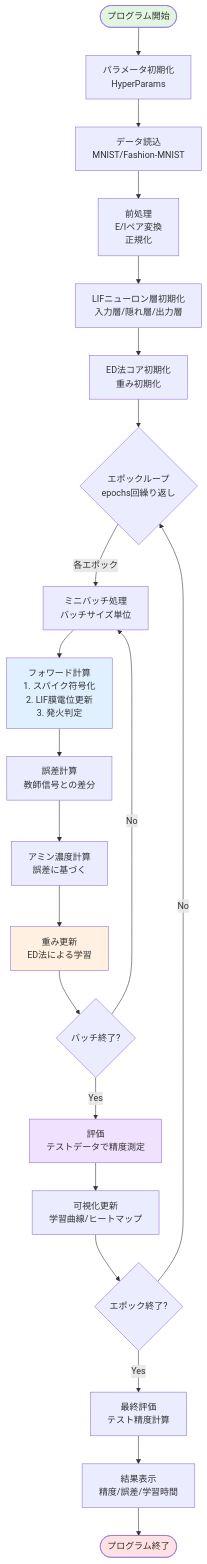
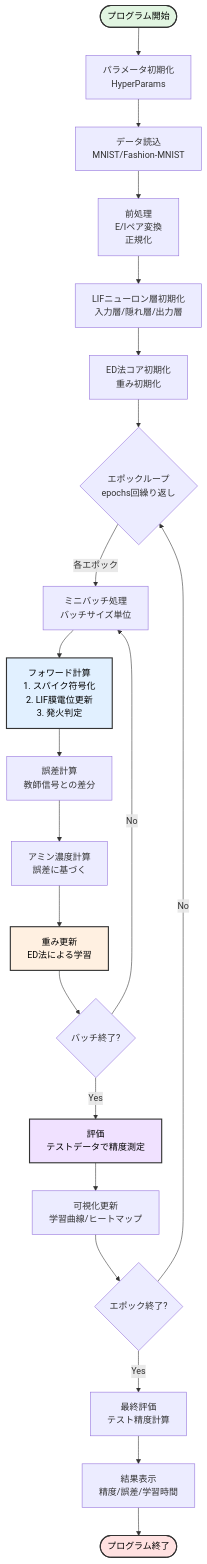
Before and after one commit to yoiwa0714/ed_multi_snn: the first of 3 diagrams in README_simple.md, drawn with Mermaid. The commit also changed other lines of this file, not shown here.

First line of the commit message:
docs: improve diagram text contrast in README_simple.md

````diff
--- a/README_simple.md
+++ b/README_simple.md
@@ -95,35 +95,35 @@
 ```mermaid
 flowchart TD
     Start([プログラム開始]) --> Init[パラメータ初期化<br/>HyperParams]
     Init --> LoadData[データ読込<br/>MNIST/Fashion-MNIST]
     LoadData --> Preprocess[前処理<br/>E/Iペア変換<br/>正規化]
     Preprocess --> InitLIF[LIFニューロン層初期化<br/>入力層/隠れ層/出力層]
     InitLIF --> InitED[ED法コア初期化<br/>重み初期化]
     
     InitED --> EpochLoop{エポックループ<br/>epochs回繰り返し}
     
     EpochLoop -->|各エポック| BatchLoop[ミニバッチ処理<br/>バッチサイズ単位]
     
     BatchLoop --> Forward[フォワード計算<br/>1. スパイク符号化<br/>2. LIF膜電位更新<br/>3. 発火判定]
     Forward --> CalcError[誤差計算<br/>教師信号との差分]
     CalcError --> AmineCalc[アミン濃度計算<br/>誤差に基づく]
     AmineCalc --> UpdateWeight[重み更新<br/>ED法による学習]
     
     UpdateWeight --> BatchEnd{バッチ終了?}
     BatchEnd -->|No| BatchLoop
     BatchEnd -->|Yes| Evaluate[評価<br/>テストデータで精度測定]
     
     Evaluate --> Visualize[可視化更新<br/>学習曲線/ヒートマップ]
     Visualize --> EpochEnd{エポック終了?}
     
     EpochEnd -->|No| EpochLoop
     EpochEnd -->|Yes| FinalTest[最終評価<br/>テスト精度計算]
     FinalTest --> ShowResults[結果表示<br/>精度/誤差/学習時間]
     ShowResults --> End([プログラム終了])
     
-    style Start fill:#e1f5e1
-    style End fill:#ffe1e1
-    style Forward fill:#e1f0ff
-    style UpdateWeight fill:#fff0e1
-    style Evaluate fill:#f0e1ff
+    style Start fill:#e1f5e1,stroke:#333,stroke-width:2px,color:#000
+    style End fill:#ffe1e1,stroke:#333,stroke-width:2px,color:#000
+    style Forward fill:#e1f0ff,stroke:#333,stroke-width:2px,color:#000
+    style UpdateWeight fill:#fff0e1,stroke:#333,stroke-width:2px,color:#000
+    style Evaluate fill:#f0e1ff,stroke:#333,stroke-width:2px,color:#000
 ```
````
